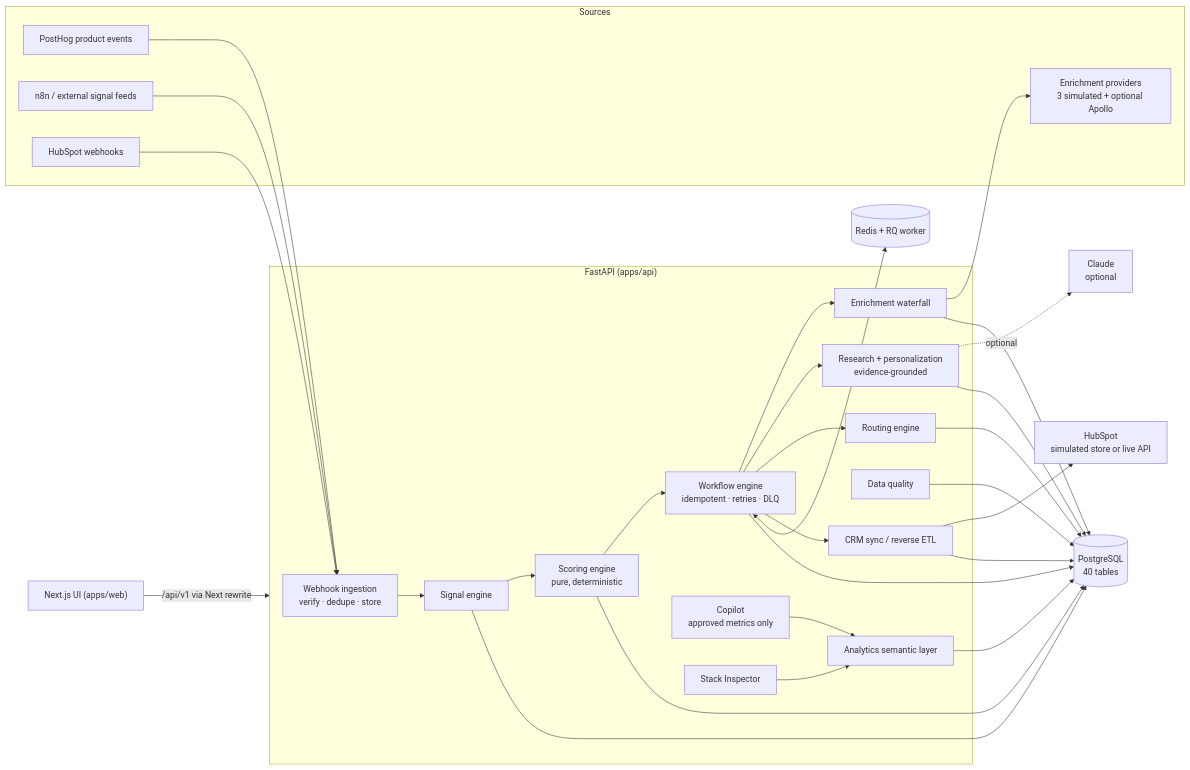
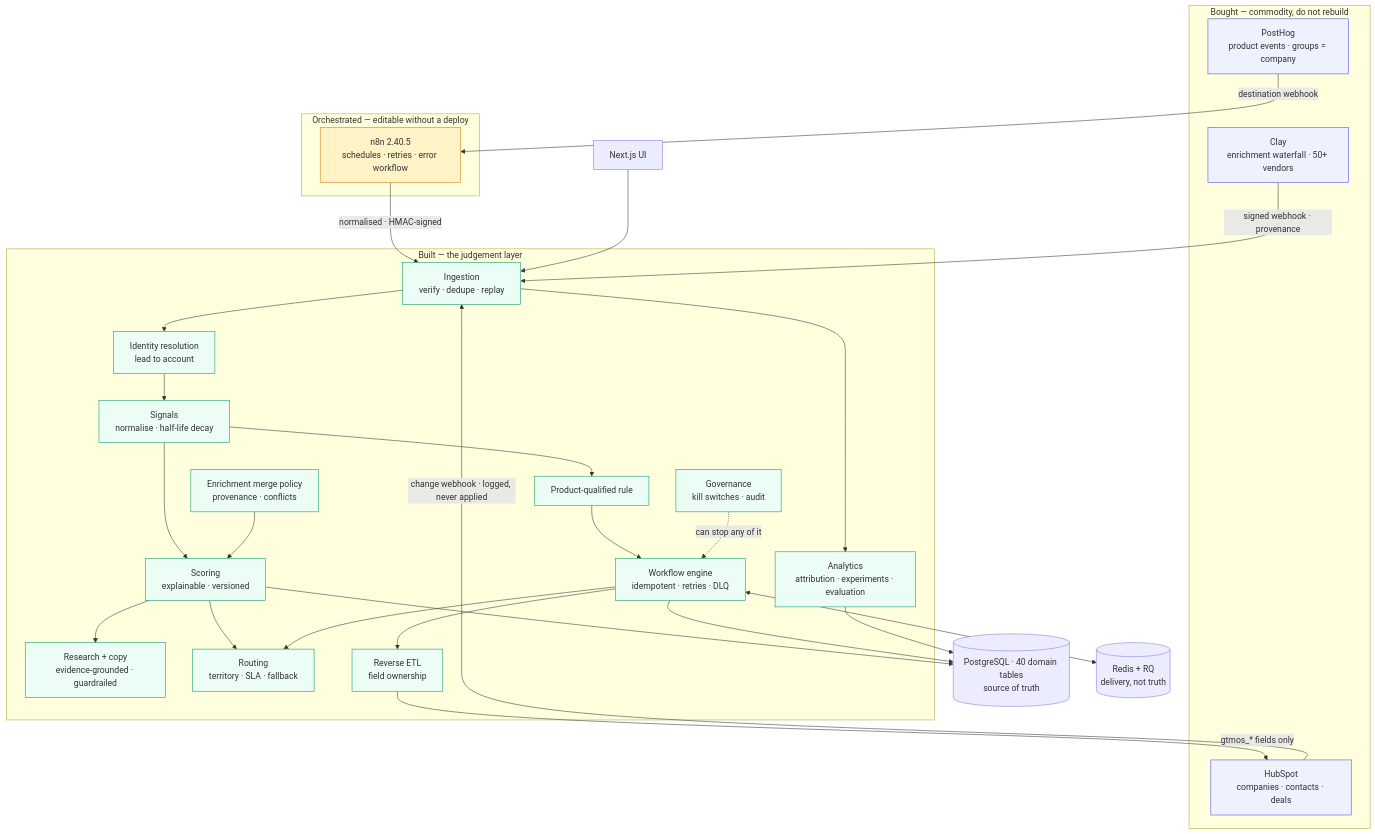
Before and after one commit to yds233013/gtmos: the diagram in README.md, drawn with Mermaid. The commit also changed other lines of this file and 4 other files, not shown here.

````diff
--- a/README.md
+++ b/README.md
@@ -160,45 +95,58 @@
 ```mermaid
-flowchart LR
-  subgraph Sources
-    PH[PostHog product events]
-    N8N[n8n / external signal feeds]
-    HSI[HubSpot webhooks]
-    EP[Enrichment providers<br/>3 simulated + optional Apollo]
+flowchart TB
+  subgraph bought["Bought — commodity, do not rebuild"]
+    PH["PostHog<br/>product events · groups = company"]
+    CLAY["Clay<br/>enrichment waterfall · 50+ vendors"]
+    HS["HubSpot<br/>companies · contacts · deals"]
   end
 
-  subgraph API["FastAPI (apps/api)"]
-    WH[Webhook ingestion<br/>verify · dedupe · store]
-    SIG[Signal engine]
-    SC[Scoring engine<br/>pure, deterministic]
-    ENR[Enrichment waterfall]
-    WF[Workflow engine<br/>idempotent · retries · DLQ]
-    RT[Routing engine]
-    RS[Research + personalization<br/>evidence-grounded]
-    DQ[Data quality]
-    AN[Analytics semantic layer]
-    CP[Copilot<br/>approved metrics only]
-    SI[Stack Inspector]
-    SYNC[CRM sync / reverse ETL]
+  subgraph orchestrated["Orchestrated — editable without a deploy"]
+    N8N["n8n 2.40.5<br/>schedules · retries · error workflow"]
   end
 
-  PG[(PostgreSQL<br/>40 tables)]
-  RQ[(Redis + RQ worker)]
-  HS[HubSpot<br/>simulated store or live API]
-  LLM[Claude<br/>optional]
-  WEB["Next.js UI (apps/web)"]
+  subgraph built["Built — the judgement layer"]
+    ING["Ingestion<br/>verify · dedupe · replay"]
+    ID["Identity resolution<br/>lead to account"]
+    SIG["Signals<br/>normalise · half-life decay"]
+    PQL["Product-qualified rule"]
+    SCORE["Scoring<br/>explainable · versioned"]
+    ENR["Enrichment merge policy<br/>provenance · conflicts"]
+    RES["Research + copy<br/>evidence-grounded · guardrailed"]
+    ROUTE["Routing<br/>territory · SLA · fallback"]
+    WF["Workflow engine<br/>idempotent · retries · DLQ"]
+    SYNC["Reverse ETL<br/>field ownership"]
+    GOV["Governance<br/>kill switches · audit"]
+    AN["Analytics<br/>attribution · experiments · evaluation"]
+  end
 
-  PH --> WH
-  N8N --> WH
-  HSI --> WH
-  WH --> SIG --> SC --> WF
-  WF --> ENR --> EP
-  WF --> RS -.optional.-> LLM
-  WF --> RT
-  WF --> SYNC --> HS
+  PG[("PostgreSQL · 40 domain tables<br/>source of truth")]
+  RQ[("Redis + RQ<br/>delivery, not truth")]
+  WEB["Next.js UI"]
+
+  PH -->|"destination webhook"| N8N
+  N8N -->|"normalised · HMAC-signed"| ING
+  CLAY -->|"signed webhook · provenance"| ING
+  HS -->|"change webhook · logged, never applied"| ING
+  ING --> ID --> SIG
+  SIG --> SCORE
+  SIG --> PQL --> WF
+  ENR --> SCORE
+  SCORE --> ROUTE
+  SCORE --> RES
+  WF --> ROUTE
+  WF --> SYNC -->|"gtmos_* fields only"| HS
+  ING --> AN
+  GOV -.->|"can stop any of it"| WF
+  SCORE --> PG
+  WF --> PG
+  AN --> PG
   WF <--> RQ
-  SIG & SC & ENR & WF & RT & RS & DQ & SYNC --> PG
-  AN --> PG
-  CP --> AN
-  SI --> AN
-  WEB -->|/api/v1 via Next rewrite| API
+  WEB --> ING
+
+  classDef b fill:#eef2ff,stroke:#4f46e5
+  classDef o fill:#fef3c7,stroke:#d97706
+  classDef g fill:#ecfdf5,stroke:#059669
+  class PH,CLAY,HS b
+  class N8N o
+  class ING,ID,SIG,PQL,SCORE,ENR,RES,ROUTE,WF,SYNC,GOV,AN g
 ```
````
